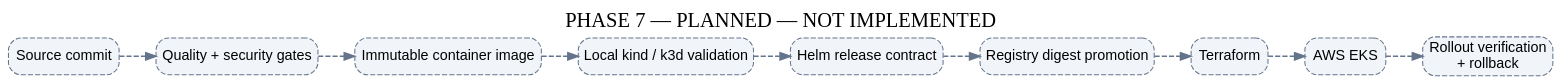
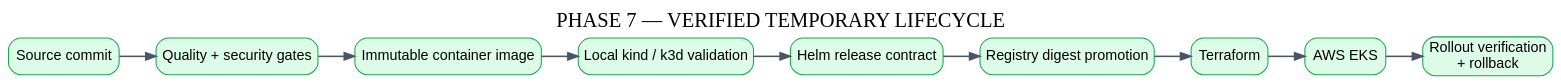
One commit to Parmodk2310/Advanced-Distributed-System changed the diagram in docs/architecture/assets/phase7-architecture.dot. Above: the diagram before and after it, drawn with Graphviz. The commit also changed 15 other files, not shown here.

```diff
--- a/docs/architecture/assets/phase7-architecture.dot
+++ b/docs/architecture/assets/phase7-architecture.dot
@@ -1,15 +1,15 @@
 digraph Phase7 {
-  graph [rankdir=LR, bgcolor="transparent", label="PHASE 7 — PLANNED — NOT IMPLEMENTED", labelloc=t, fontname="Arial Bold", fontsize=20, pad=0.3];
-  node [shape=box, style="rounded,filled,dashed", fontname="Arial", color="#64748B", fillcolor="#F1F5F9"];
-  edge [color="#64748B", penwidth=1.5, style=dashed];
+  graph [rankdir=LR, bgcolor="transparent", label="PHASE 7 — VERIFIED TEMPORARY LIFECYCLE", labelloc=t, fontname="Arial Bold", fontsize=20, pad=0.3];
+  node [shape=box, style="rounded,filled", fontname="Arial", color="#16A34A", fillcolor="#DCFCE7"];
+  edge [color="#475569", penwidth=1.5];
   source [label="Source commit"];
   gates [label="Quality + security gates"];
   image [label="Immutable container image"];
   local [label="Local kind / k3d validation"];
   helm [label="Helm release contract"];
   registry [label="Registry digest promotion"];
   terraform [label="Terraform"];
   eks [label="AWS EKS"];
   rollout [label="Rollout verification\n+ rollback"];
   source -> gates -> image -> local -> helm -> registry -> terraform -> eks -> rollout;
 }
```
